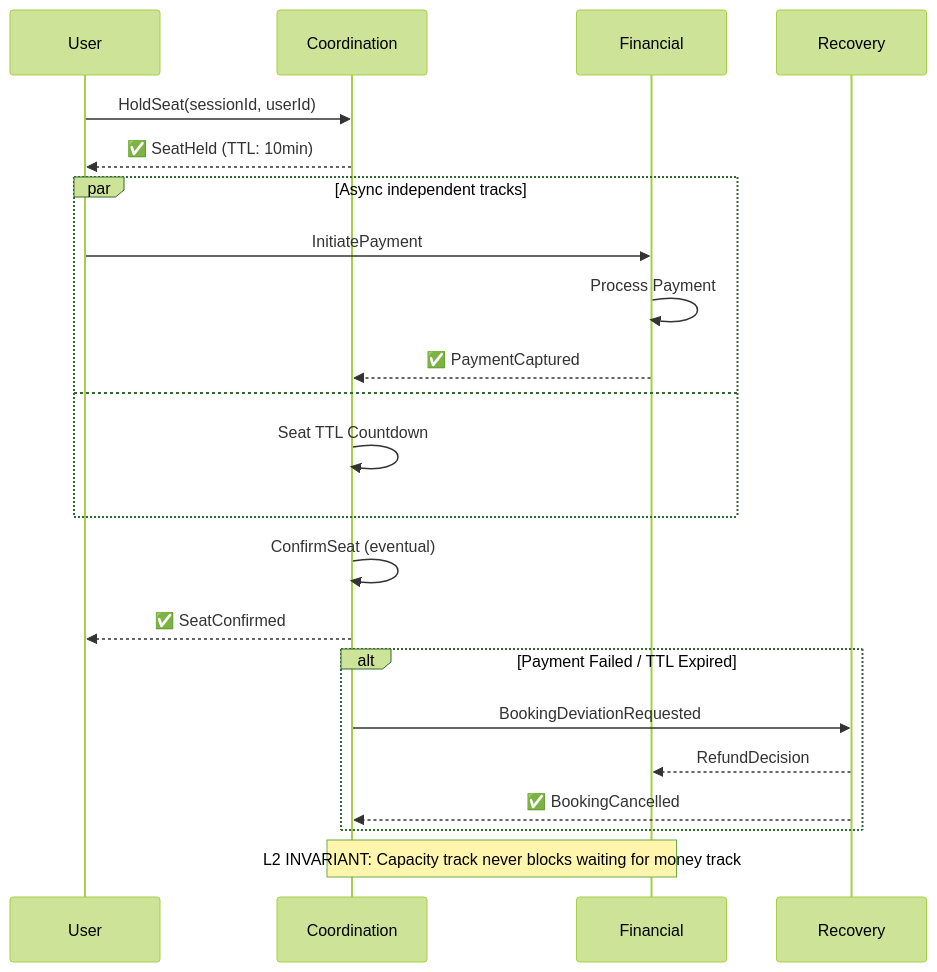
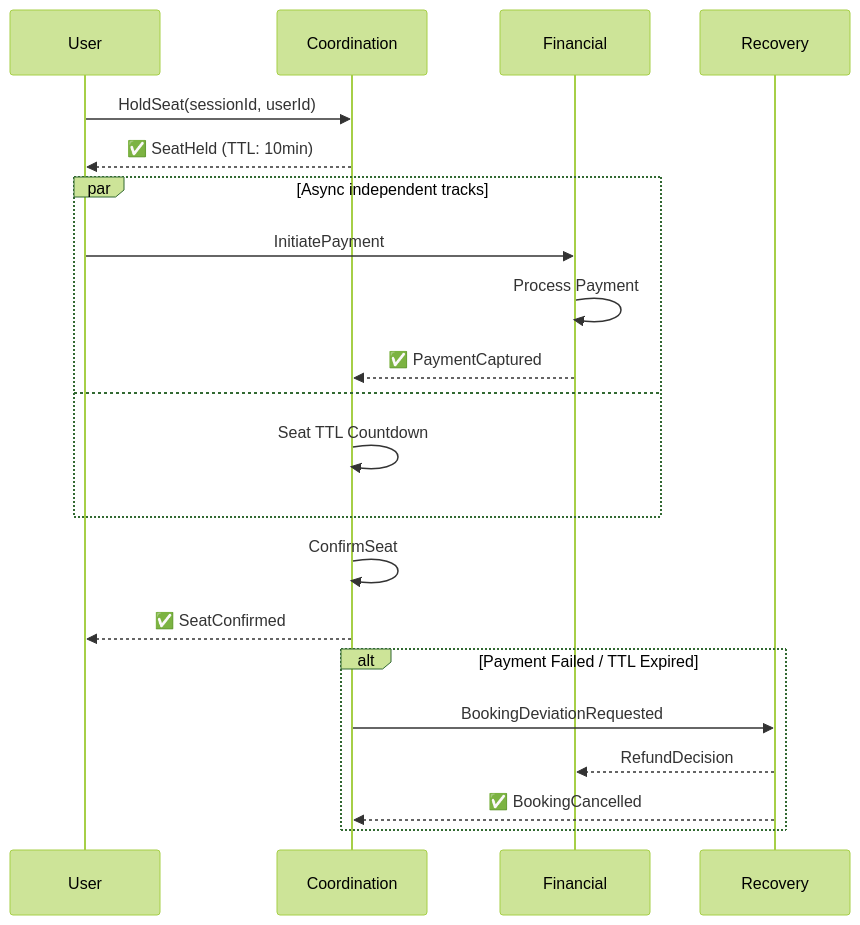
The fifth of 8 diagrams in DIAGRAMS.md (deepaucksharmaji/game-ddd), drawn with Mermaid (forest theme) before and after one commit. The commit also changed other lines of this file, not shown here.

Commit message:
Fix all mermaid rendering issues for GitHub compatibility

````diff
--- a/DIAGRAMS.md
+++ b/DIAGRAMS.md
@@ -197,29 +147,27 @@
 ```mermaid
 sequenceDiagram
     participant User
     participant Coordination
     participant Financial
     participant Recovery
 
     User->>Coordination: HoldSeat(sessionId, userId)
     Coordination-->>User: ✅ SeatHeld (TTL: 10min)
     
     par Async independent tracks
         User->>Financial: InitiatePayment
         Financial->>Financial: Process Payment
         Financial-->>Coordination: ✅ PaymentCaptured
     and
         Coordination->>Coordination: Seat TTL Countdown
     end
     
-    Coordination->>Coordination: ConfirmSeat (eventual)
+    Coordination->>Coordination: ConfirmSeat
     Coordination-->>User: ✅ SeatConfirmed
     
     alt Payment Failed / TTL Expired
         Coordination->>Recovery: BookingDeviationRequested
         Recovery-->>Financial: RefundDecision
         Recovery-->>Coordination: ✅ BookingCancelled
     end
-
-    note over Coordination,Financial: L2 INVARIANT: Capacity track never blocks waiting for money track
 ```
````
